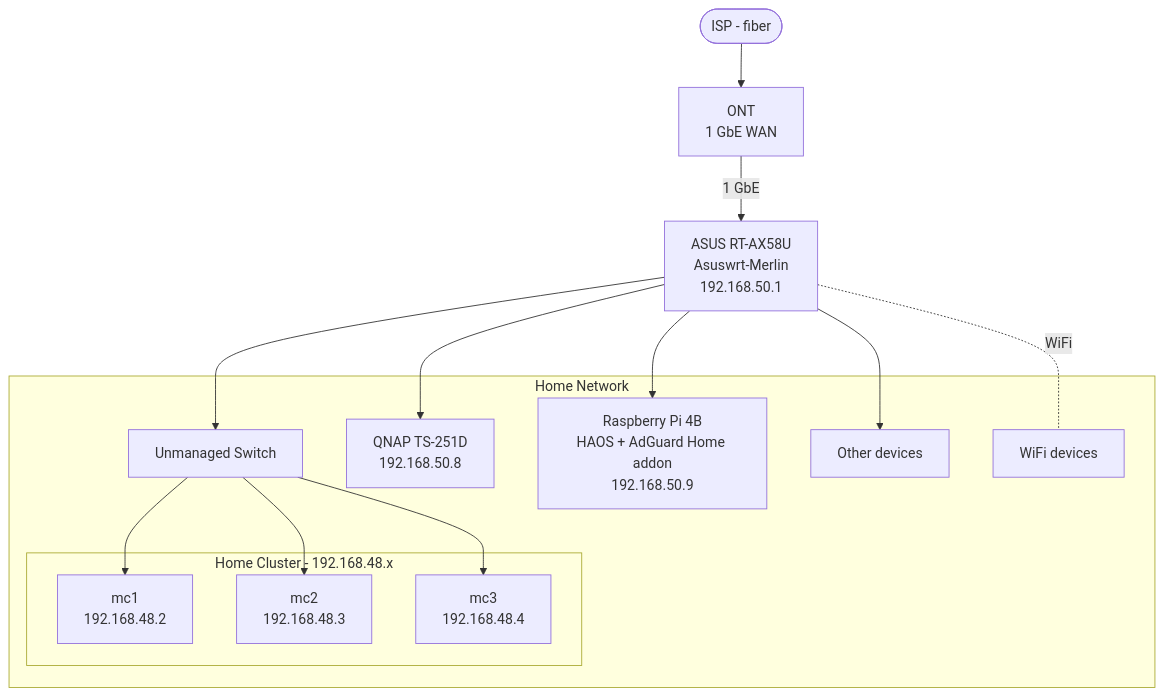
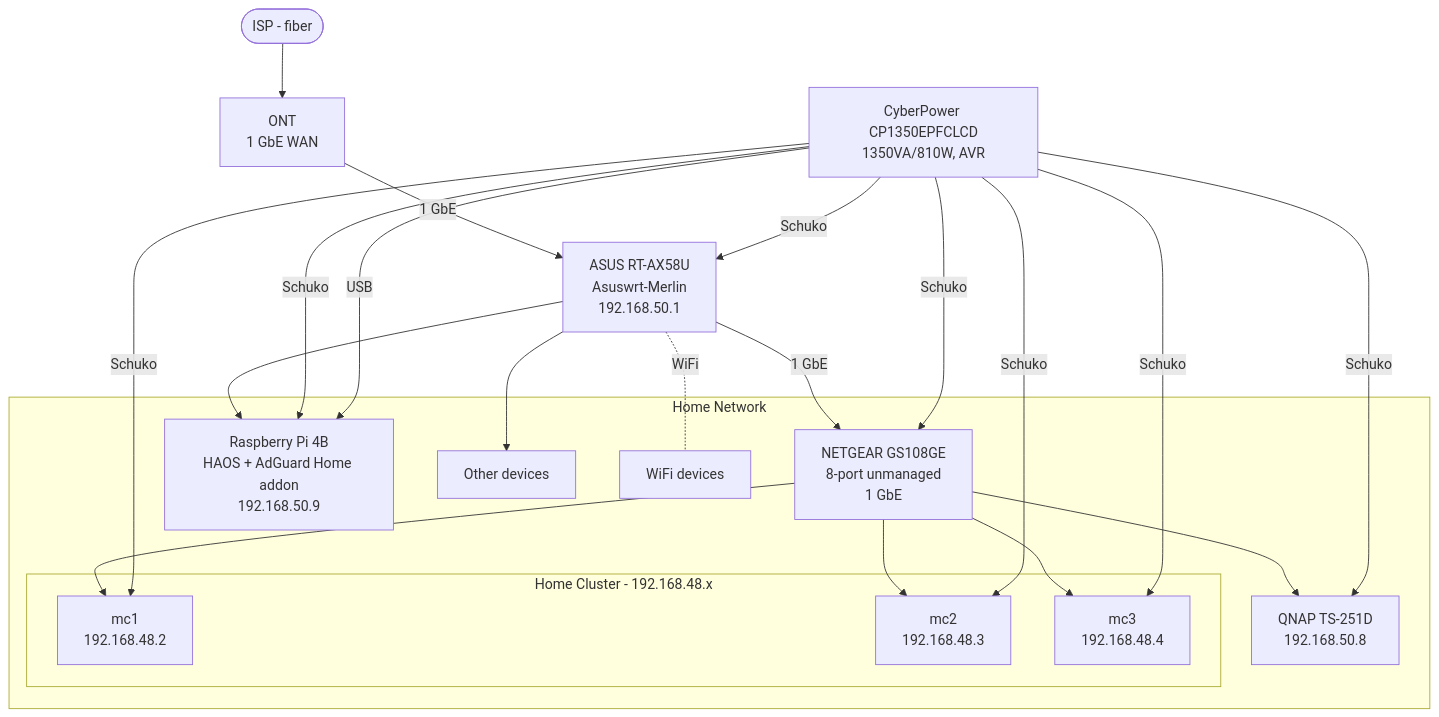
The diagram in docs/src/general/network.md (mmalyska/home-ops), drawn with Mermaid before and after one commit. The commit also changed other lines of this file and 1 other file, not shown here.

Commit message:
add more devices

````diff
--- a/docs/src/general/network.md
+++ b/docs/src/general/network.md
@@ -7,31 +7,41 @@
 ```mermaid
 flowchart TB
     ISP([ISP - fiber])
     ONT[ONT\n1 GbE WAN]
     Router[ASUS RT-AX58U\nAsuswrt-Merlin\n192.168.50.1]
+    UPS[CyberPower CP1350EPFCLCD\n1350VA/810W, AVR]
 
     subgraph LAN[Home Network]
-        Switch[Unmanaged Switch]
+        Switch[NETGEAR GS108GE\n8-port unmanaged\n1 GbE]
         QNAP[QNAP TS-251D\n192.168.50.8]
         RPi[Raspberry Pi 4B\nHAOS + AdGuard Home addon\n192.168.50.9]
         Other[Other devices]
         WiFi[WiFi devices]
 
         subgraph K8S[Home Cluster - 192.168.48.x]
             mc1[mc1\n192.168.48.2]
             mc2[mc2\n192.168.48.3]
             mc3[mc3\n192.168.48.4]
         end
     end
 
     ISP --> ONT
     ONT -->|1 GbE| Router
-    Router --> Switch
-    Router --> QNAP
+    Router -->|1 GbE| Switch
     Router --> RPi
     Router --> Other
     Router -. WiFi .- WiFi
     Switch --> mc1
     Switch --> mc2
     Switch --> mc3
+    Switch --> QNAP
+
+    UPS -->|Schuko| Router
+    UPS -->|Schuko| Switch
+    UPS -->|Schuko| RPi
+    UPS -->|Schuko| mc1
+    UPS -->|Schuko| mc2
+    UPS -->|Schuko| mc3
+    UPS -->|Schuko| QNAP
+    UPS -->|USB| RPi
 ```
````
